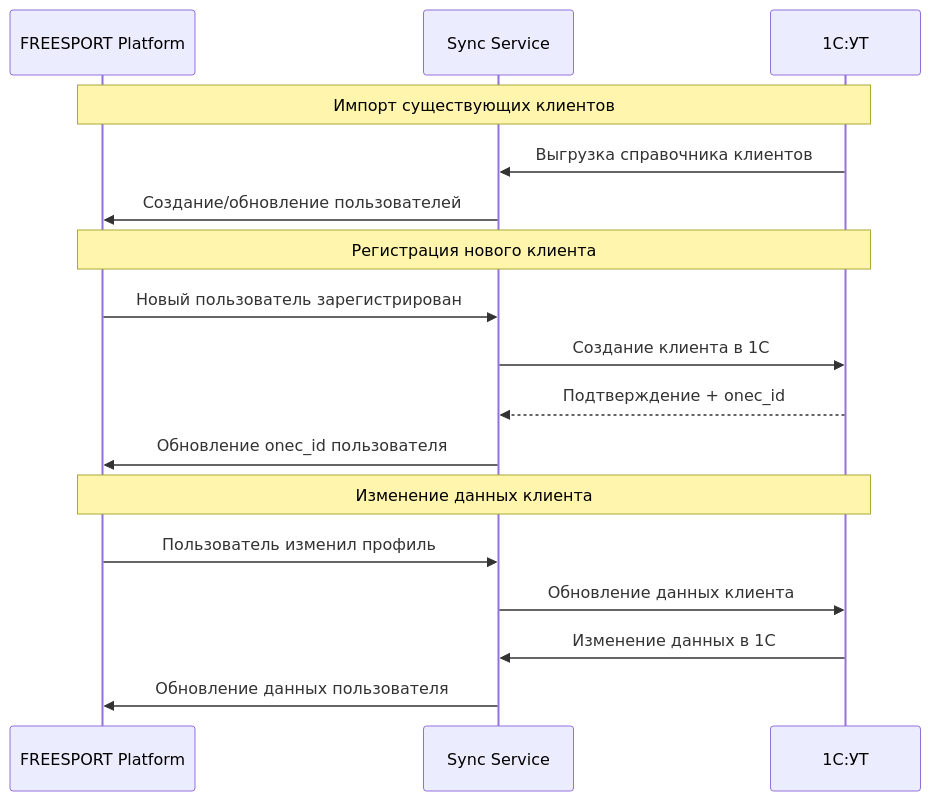
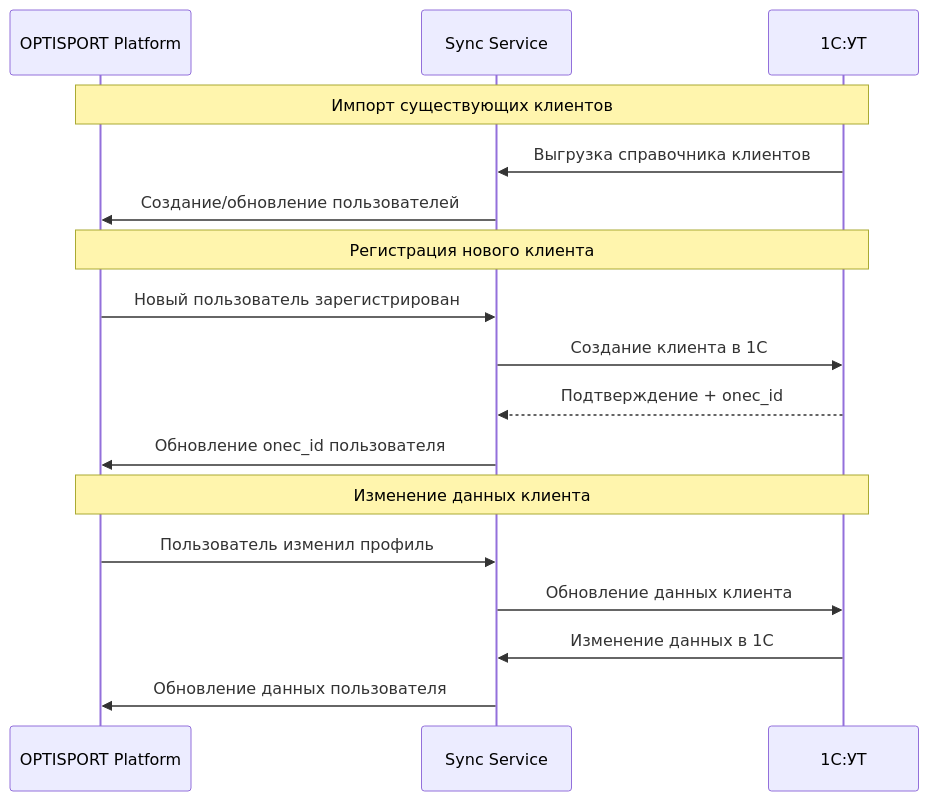
Before and after one commit to AlexMobiCraft/FREESPORT: the fifth of 5 diagrams in docs/integrations/1c/architecture.md, drawn with Mermaid. The commit also changed other lines of this file and 217 other files, not shown here.

First line of the commit message:
chore(rebrand): оставшиеся упоминания FREESPORT заменены на OPTISPORT

````diff
--- a/docs/integrations/1c/architecture.md
+++ b/docs/integrations/1c/architecture.md
@@ -590,23 +590,23 @@
 ```mermaid
 sequenceDiagram
-    participant Site as FREESPORT Platform
+    participant Site as OPTISPORT Platform
     participant Sync as Sync Service
     participant 1C as 1С:УТ
 
     Note over Site,1C: Импорт существующих клиентов
     1C->>Sync: Выгрузка справочника клиентов
     Sync->>Site: Создание/обновление пользователей
 
     Note over Site,1C: Регистрация нового клиента
     Site->>Sync: Новый пользователь зарегистрирован
     Sync->>1C: Создание клиента в 1С
     1C-->>Sync: Подтверждение + onec_id
     Sync->>Site: Обновление onec_id пользователя
 
     Note over Site,1C: Изменение данных клиента
     Site->>Sync: Пользователь изменил профиль
     Sync->>1C: Обновление данных клиента
 
     1C->>Sync: Изменение данных в 1С
     Sync->>Site: Обновление данных пользователя
 ```
````
